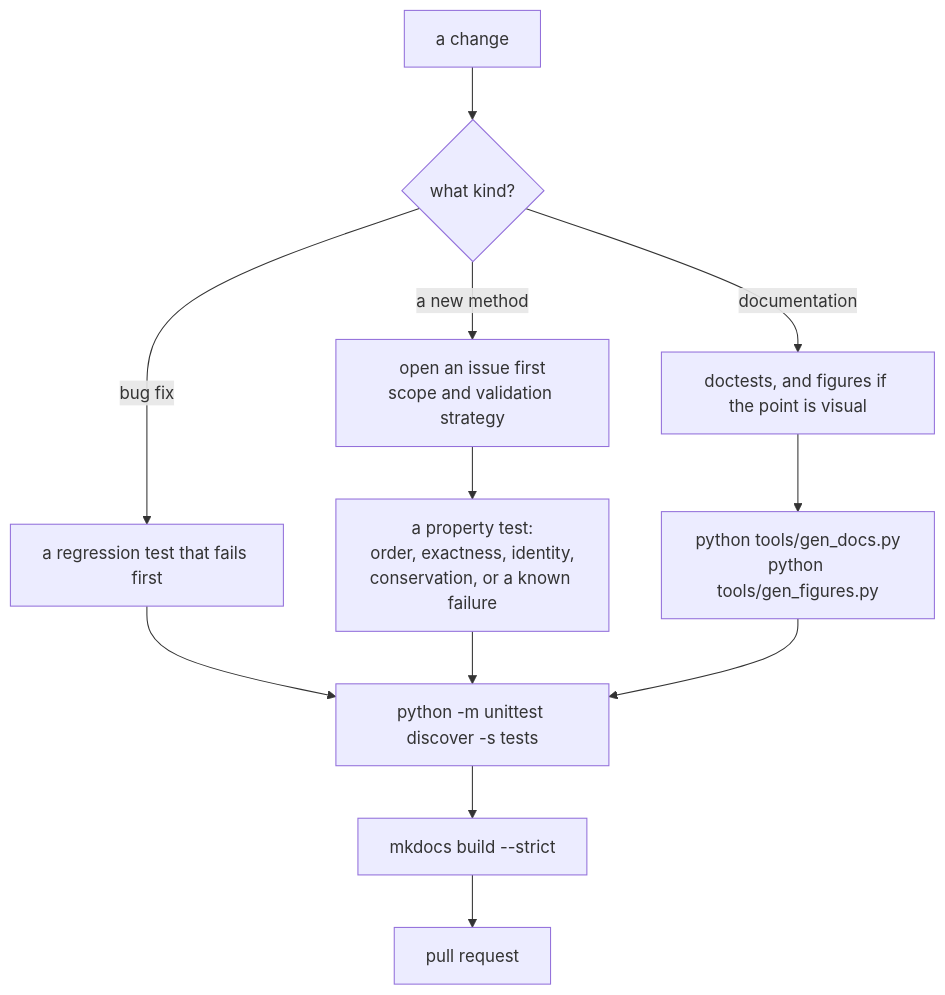
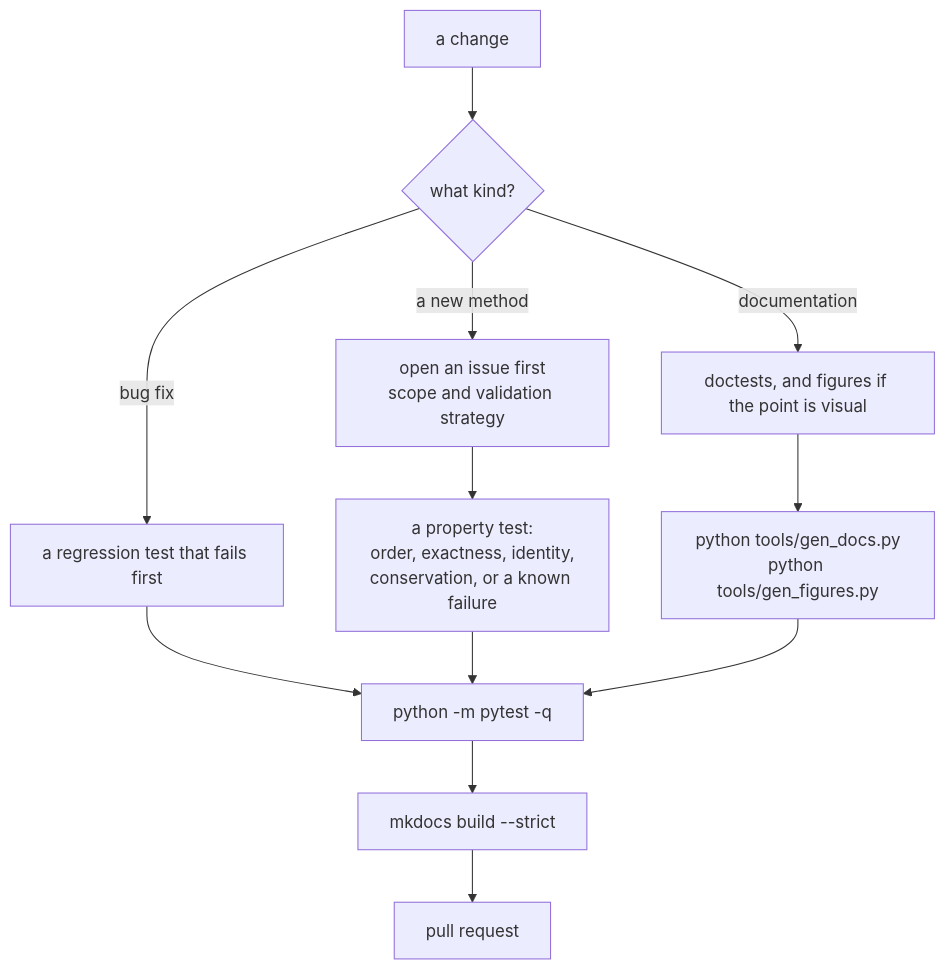
One commit to ssmmkk123/quadrivium changed the diagram in docs/contributing.md. Above: the diagram before and after it, drawn with Mermaid. The commit also changed other lines of this file and 93 other files, not shown here.

````diff
--- a/docs/contributing.md
+++ b/docs/contributing.md
@@ -31,14 +31,14 @@
 ```mermaid
 flowchart TD
     A["a change"] --> B{"what kind?"}
     B -- "a new method" --> C["open an issue first<br/>scope and validation strategy"]
     B -- "bug fix" --> D["a regression test that fails first"]
     B -- "documentation" --> E["doctests, and figures if the point is visual"]
     C --> F["a property test:<br/>order, exactness, identity,<br/>conservation, or a known failure"]
-    D --> G["python -m unittest discover -s tests"]
+    D --> G["python -m pytest -q"]
     F --> G
     E --> H["python tools/gen_docs.py<br/>python tools/gen_figures.py"]
     H --> G
     G --> I["mkdocs build --strict"]
     I --> J["pull request"]
 ```
````
